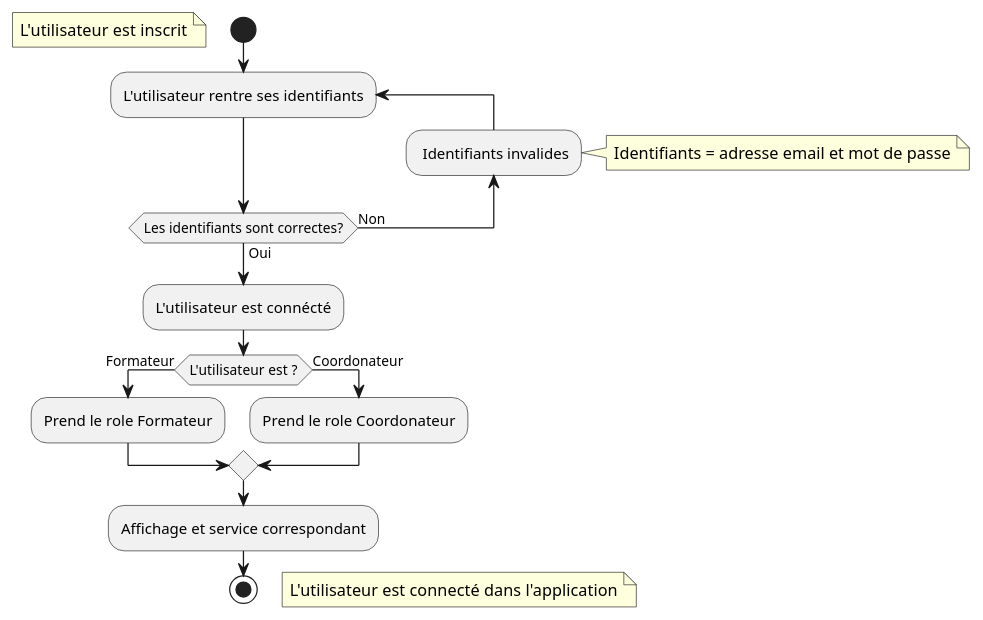
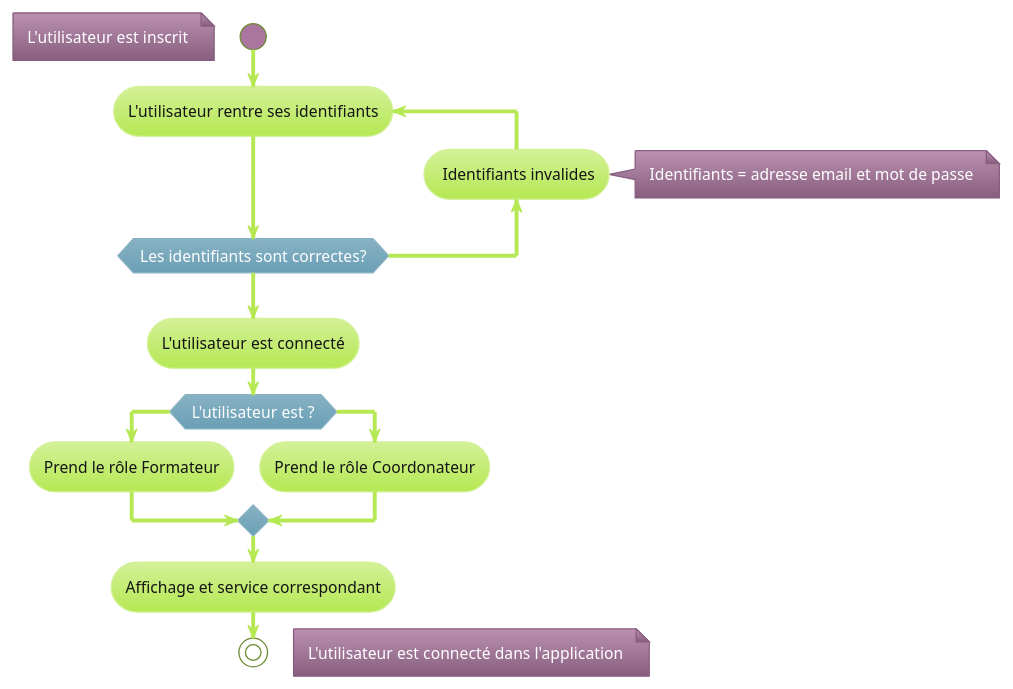
One commit to GreenHawk-99/AppGreta changed the diagram in doc/puml/LoginActivity.puml. Above: the diagram before and after it, drawn with PlantUML. The commit also changed 10 other files, not shown here.

```diff
--- a/doc/puml/LoginActivity.puml
+++ b/doc/puml/LoginActivity.puml
@@ -1,25 +1,25 @@
 @startuml
-'!theme hacker
+!theme hacker
 
 start
 floating note left: L'utilisateur est inscrit
 
 repeat :L'utilisateur rentre ses identifiants;
 
 backward: Identifiants invalides;
 note right: Identifiants = adresse email et mot de passe
 repeat while (Les identifiants sont correctes?) is (Non) not (Oui)
 
-:L'utilisateur est connécté;
+:L'utilisateur est connecté;
 
 if (L'utilisateur est ?) then (Formateur)
-:Prend le role Formateur;
+:Prend le rôle Formateur;
 else (Coordonateur)
-:Prend le role Coordonateur;
+:Prend le rôle Coordonateur;
 endif
 
 :Affichage et service correspondant;
 
 stop
 floating note right: L'utilisateur est connecté dans l'application
 @enduml
```
